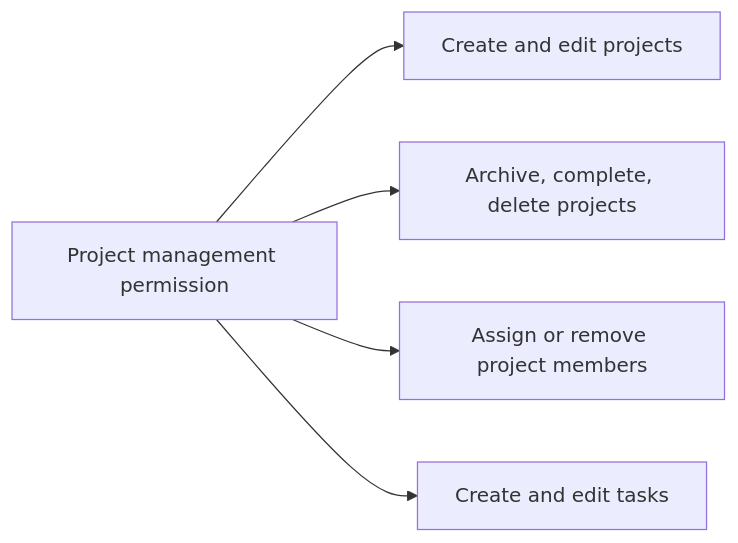
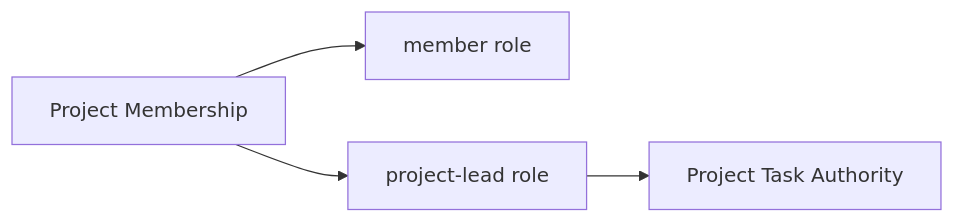
Before and after one commit to wrtnlabs/autobe-examples: diagram 11 of 24 in openai/gpt-5.4-mini/erp/docs/analysis/04-business-rules.md, drawn with Mermaid. The commit also changed other lines of this file and 9017 other files, not shown here.

````diff
--- a/openai/gpt-5.4-mini/erp/docs/analysis/04-business-rules.md
+++ b/openai/gpt-5.4-mini/erp/docs/analysis/04-business-rules.md
@@ -390,7 +607,6 @@
 ```mermaid
 flowchart LR
-    A["Project management permission"] --> B["Create and edit projects"]
-    A --> C["Archive, complete, delete projects"]
-    A --> D["Assign or remove project members"]
-    A --> E["Create and edit tasks"]
+    A["Project Membership"] --> B["member role"]
+    A --> C["project-lead role"]
+    C --> D["Project Task Authority"]
 ```
````
